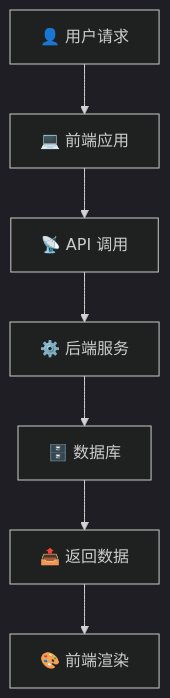
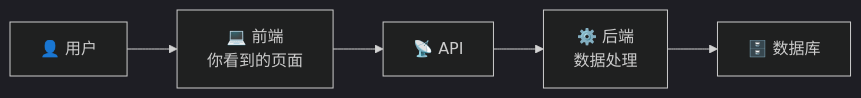
The first of 3 diagrams in docs/fullstack-course/1.md (ECUSTCIC-CodeHub/Dev-Voyage), drawn with Mermaid (dark theme) before and after one commit. The commit also changed other lines of this file, not shown here.

````diff
--- a/docs/fullstack-course/1.md
+++ b/docs/fullstack-course/1.md
@@ -59,19 +31,7 @@
 ```mermaid
-graph TD
-
-    %% 定义节点
-    A[👤 用户请求]:::default
-    B[💻 前端应用]:::process
-    C[📡 API 调用]:::process
-    D[⚙️ 后端服务]:::process
-    E[🗄️ 数据库]:::data
-    F[📤 返回数据]:::data
-    G[🎨 前端渲染]:::result
-
-    A --> B
-    B --> C
-    C --> D
-    D --> E
-    E --> F
-    F --> G
+graph LR
+    A[👤 用户] --> B[💻 前端<br/>你看到的页面]
+    B --> C[📡 API]
+    C --> D[⚙️ 后端<br/>数据处理]
+    D --> E[🗄️ 数据库]
 ```
````
